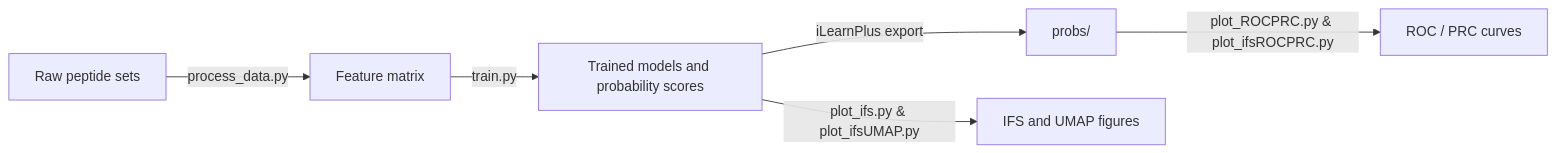
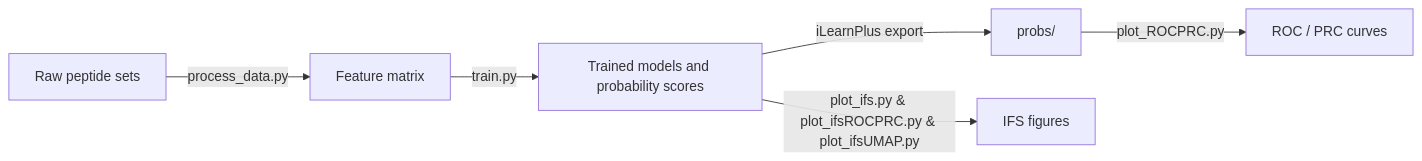
The diagram in README.md (xiao-zhu-pei-mei/Aegis), drawn with Mermaid before and after one commit.

````diff
--- a/README.md
+++ b/README.md
@@ -8,8 +8,8 @@
 ```mermaid
 graph LR
   A["Raw peptide sets"] -->|process_data.py| B["Feature matrix"]
   B -->|train.py| C["Trained models and probability scores"]
   C -->|iLearnPlus export| D["probs/"]
-  C -->|plot_ifs.py & plot_ifsUMAP.py| E["IFS and UMAP figures"]
-  D -->|plot_ROCPRC.py & plot_ifsROCPRC.py| F["ROC / PRC curves"]
+  C -->|plot_ifs.py & plot_ifsROCPRC.py & plot_ifsUMAP.py| E["IFS figures"]
+  D -->|plot_ROCPRC.py| F["ROC / PRC curves"]
 ```
````
